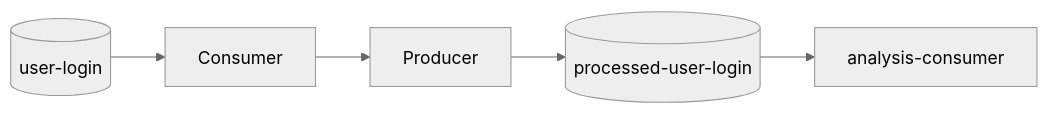
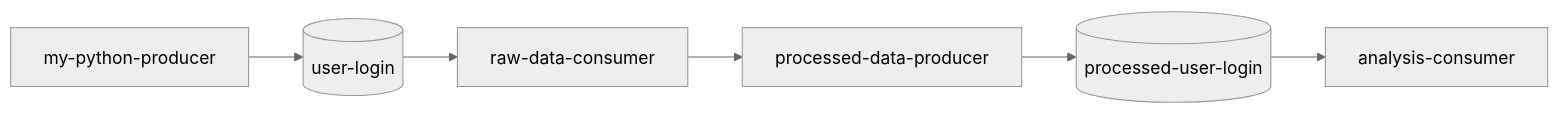
The first of 2 diagrams in README.md (YujieLiao/de-th), drawn with Mermaid (neutral theme) before and after one commit. The commit also changed other lines of this file and 2 other files, not shown here.

````diff
--- a/README.md
+++ b/README.md
@@ -17,4 +17,4 @@
 ```mermaid
 graph LR;
-    t1[(user-login)]-->Consumer-->Producer-->t2[(processed-user-login)]-->analysis-consumer;
+    my-python-producer-->t1[(user-login)]-->raw-data-consumer-->processed-data-producer-->t2[(processed-user-login)]-->analysis-consumer;
 ```
````
